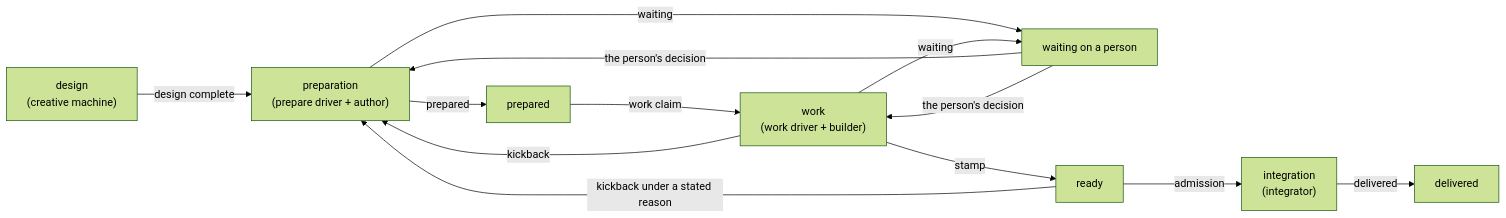
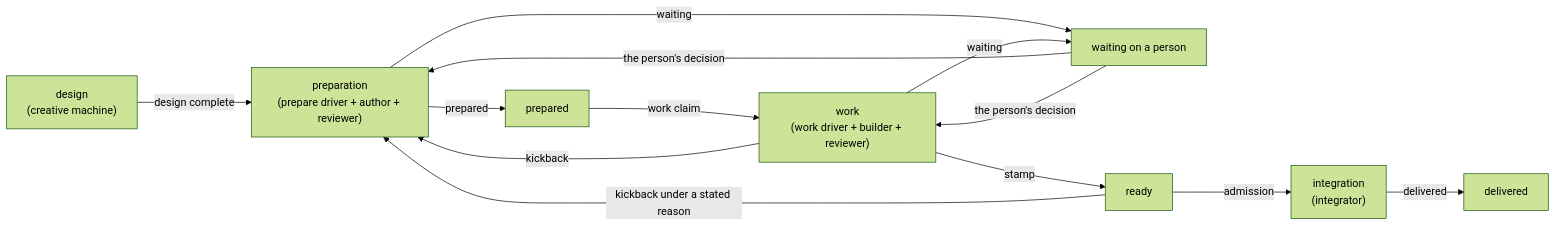
Before and after one commit to InstruktAI/TeleClaude: the first of 2 diagrams in docs/local/design/architecture/lifecycle-state-machines.issue-128.md, drawn with Mermaid (forest theme). The commit also changed other lines of this file and 17 other files, not shown here.

````diff
--- a/docs/local/design/architecture/lifecycle-state-machines.issue-128.md
+++ b/docs/local/design/architecture/lifecycle-state-machines.issue-128.md
@@ -52,15 +52,15 @@
 ```mermaid
 flowchart LR
     Design["design<br/>(creative machine)"] -->|design complete| Preparation
-    Preparation["preparation<br/>(prepare driver + author)"] -->|prepared| Prepared["prepared"]
+    Preparation["preparation<br/>(prepare driver + author + reviewer)"] -->|prepared| Prepared["prepared"]
     Preparation -->|waiting| Waiting["waiting on a person"]
     Work -->|waiting| Waiting
     Waiting -->|the person's decision| Preparation
     Waiting -->|the person's decision| Work
-    Prepared -->|work claim| Work["work<br/>(work driver + builder)"]
+    Prepared -->|work claim| Work["work<br/>(work driver + builder + reviewer)"]
     Work -->|stamp| Ready["ready"]
     Work -->|kickback| Preparation
     Ready -->|kickback under a stated reason| Preparation
     Ready -->|admission| Integration["integration<br/>(integrator)"]
     Integration -->|delivered| Delivered["delivered"]
 ```
````
